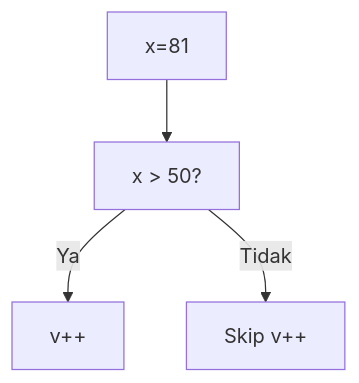
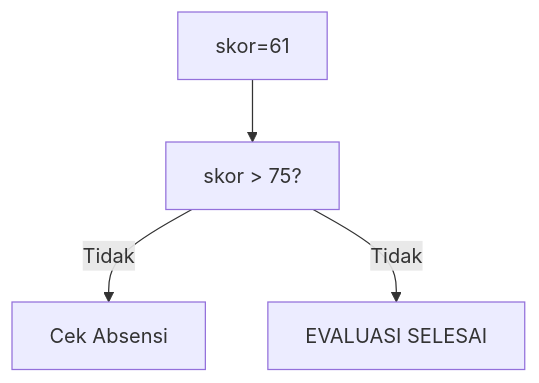
Before and after one commit to amnahwaida/OSNK_INF_PREP: the second of 25 diagrams in part-c-pemahaman-cpp/02-percabangan/latihan/set-11.md, drawn with Mermaid. The commit also changed other lines of this file and 71 other files, not shown here.

````diff
--- a/part-c-pemahaman-cpp/02-percabangan/latihan/set-11.md
+++ b/part-c-pemahaman-cpp/02-percabangan/latihan/set-11.md
@@ -49,6 +52,6 @@
 ```mermaid
 graph TD
-A["x=81"] --> B["x > 50?"]
-B -- Ya --> C["v++"]
-B -- Tidak --> D["Skip v++"]
+A["skor=61"] --> B["skor > 75?"]
+B -- Tidak --> C["Cek Absensi"]
+B -- Tidak --> D["EVALUASI SELESAI"]
 ```
````
